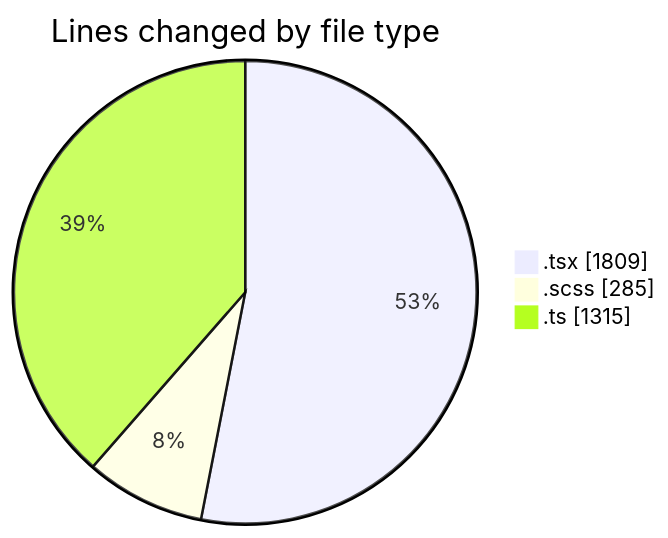
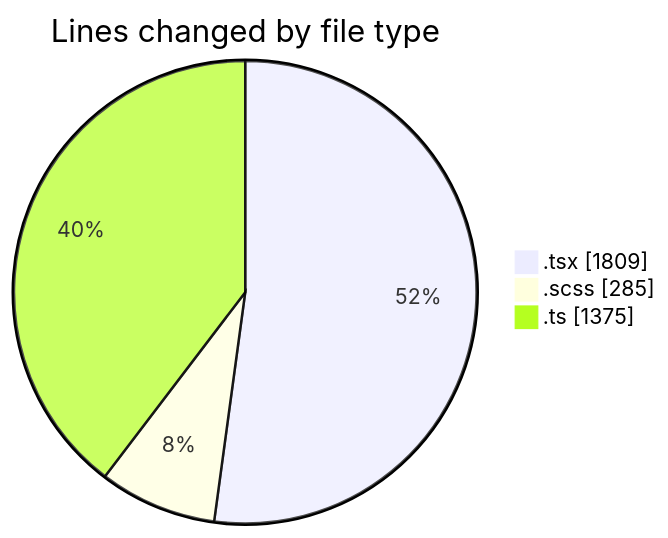
Before and after one commit to momahboobian/code-tracking: the first of 2 diagrams in 2026-02-25/cda/README.md, drawn with Mermaid. The commit also changed other lines of this file and 1 other file, not shown here.

````diff
--- a/2026-02-25/cda/README.md
+++ b/2026-02-25/cda/README.md
@@ -25,7 +25,7 @@
 ```mermaid
 pie showData
 title Lines changed by file type
 ".tsx" : 1809
 ".scss" : 285
-".ts" : 1315
+".ts" : 1375
 ```
````
